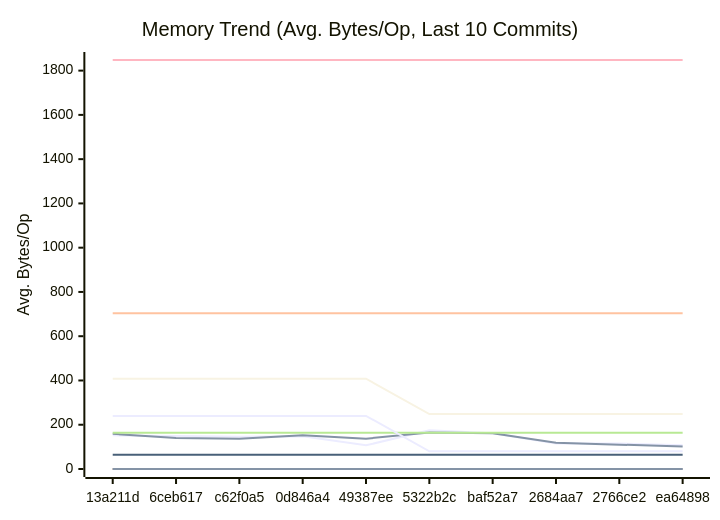
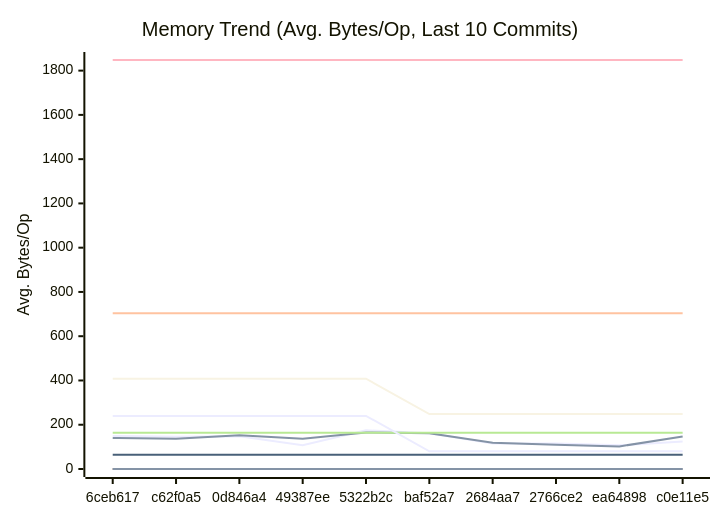
One commit to alsotoes/momo changed the second of 3 diagrams in docs/PERFORMANCE.md. Above: the diagram before and after it, drawn with Mermaid. The commit also changed other lines of this file and 3 other files, not shown here.

````diff
--- a/docs/PERFORMANCE.md
+++ b/docs/PERFORMANCE.md
@@ -171,20 +171,20 @@
 ```mermaid
 xychart-beta
     title "Memory Trend (Avg. Bytes/Op, Last 10 Commits)"
     x-axis "Commit"
     y-axis "Avg. Bytes/Op"
-    x-axis [13a211d,6ceb617,c62f0a5,0d846a4,49387ee,5322b2c,baf52a7,2684aa7,2766ce2,ea64898]
-    line "AWSChunkedReaderSigned" [152,149,146,148,107,175,162,115,115,107]
-    line "AWSChunkedReaderUnsigned" [159,140,137,153,137,165,162,119,110,102]
+    x-axis [6ceb617,c62f0a5,0d846a4,49387ee,5322b2c,baf52a7,2684aa7,2766ce2,ea64898,c0e11e5]
+    line "AWSChunkedReaderSigned" [149,146,148,107,175,162,115,115,107,124]
+    line "AWSChunkedReaderUnsigned" [140,137,153,137,165,162,119,110,102,147]
     line "CheckMetricsAndSwap" [0,0,0,0,0,0,0,0,0,0]
     line "CrushOptimized" [0,0,0,0,0,0,0,0,0,0]
     line "CrushOriginal" [164,164,164,164,164,164,164,164,164,164]
     line "IndexDirectTracking" [0,0,0,0,0,0,0,0,0,0]
     line "IndexSearch" [0,0,0,0,0,0,0,0,0,0]
     line "LoadGlobalConfig" [1848,1848,1848,1848,1848,1848,1848,1848,1848,1848]
     line "PadString" [64,64,64,64,64,64,64,64,64,64]
     line "ParseReplicationOrder_NoPrealloc" [408,408,408,408,408,248,248,248,248,248]
     line "ParseReplicationOrder_Prealloc" [240,240,240,240,240,80,80,80,80,80]
     line "SanitizeLog/Safe" [0,0,0,0,0,0,0,0,0,0]
     line "SanitizeLog/Unsafe" [704,704,704,704,704,704,704,704,704,704]
 ```
````
